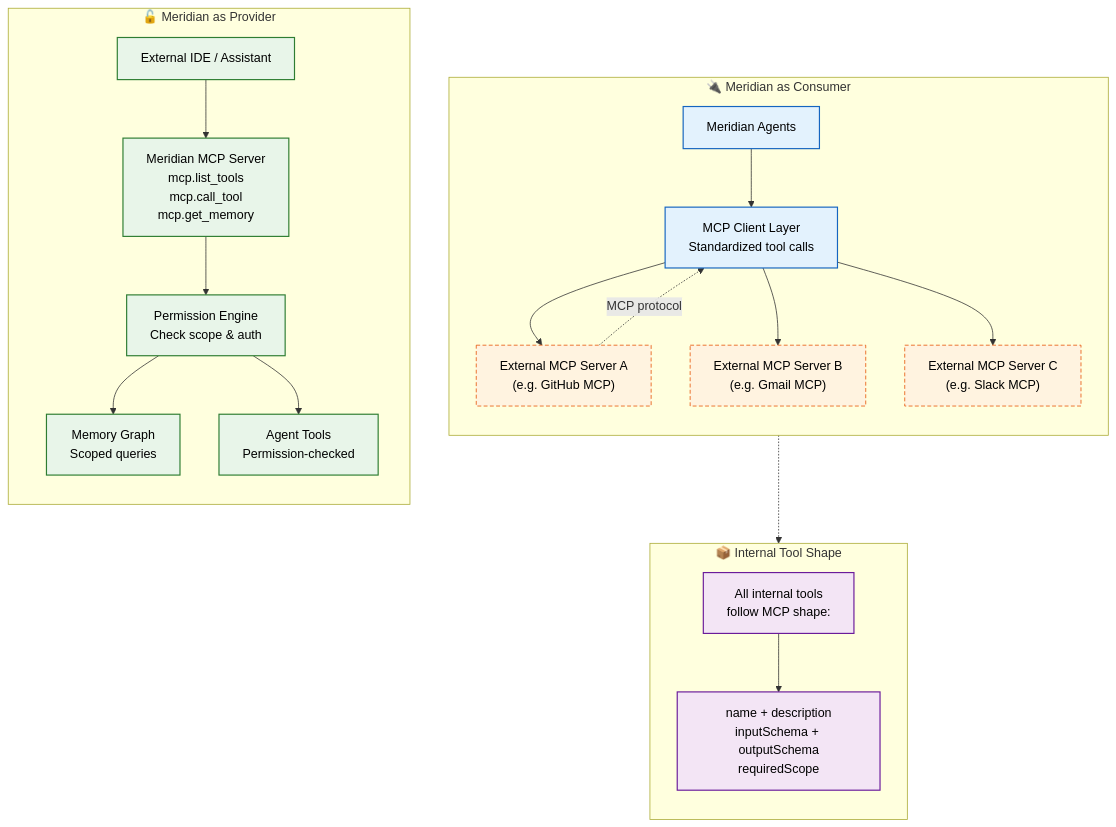
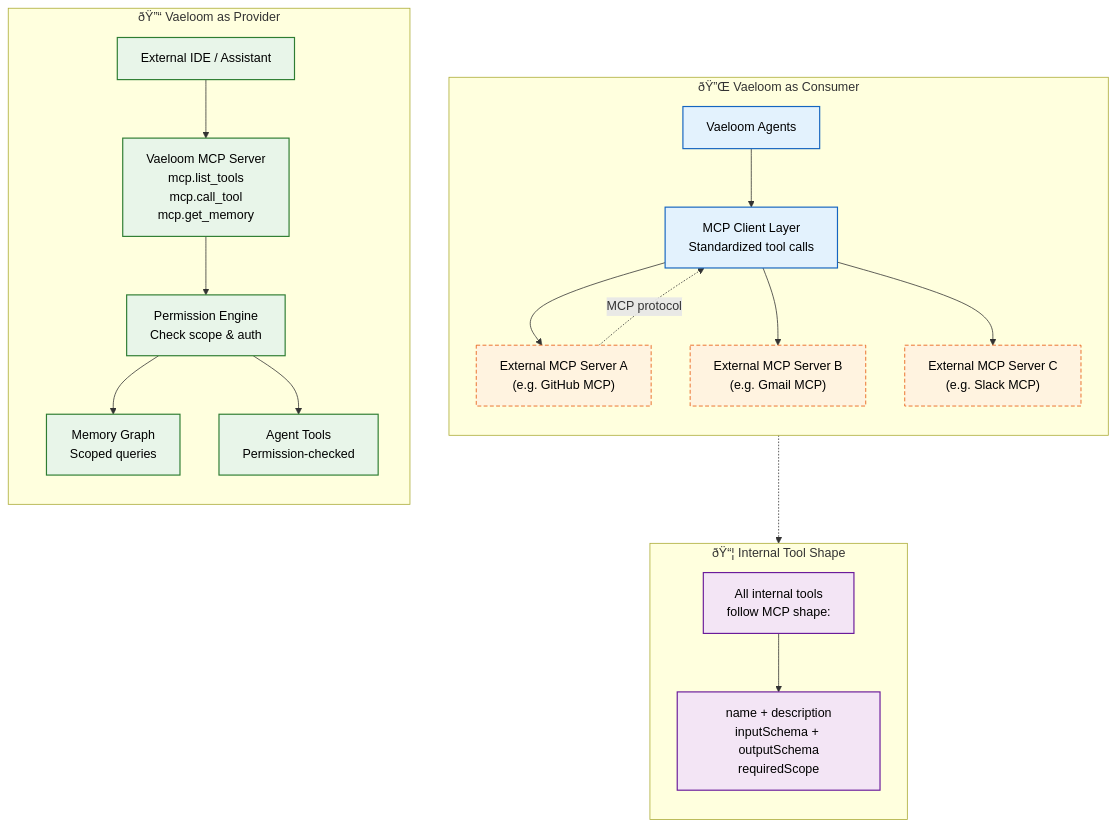
The first of 2 diagrams in Docs/AI/MCP.md (Driftloom/Vaeloom), drawn with Mermaid before and after one commit. The commit also changed other lines of this file and 249 other files, not shown here.

Commit message:
Rename all references from Meridian to Vaeloom across docs, scripts, and config

````diff
--- a/Docs/AI/MCP.md
+++ b/Docs/AI/MCP.md
@@ -27,39 +27,39 @@
 ```mermaid
 graph TD
     classDef consumer fill:#e3f2fd,stroke:#1565c0,color:#000,stroke-width:1.5px
     classDef provider fill:#e8f5e9,stroke:#2e7d32,color:#000,stroke-width:1.5px
     classDef external fill:#fff3e0,stroke:#e65100,color:#000,stroke-width:1px,stroke-dasharray: 5 3
     classDef internal fill:#f3e5f5,stroke:#6a1b9a,color:#000,stroke-width:1.5px
 
-    subgraph Consumer["🔌 Meridian as Consumer"]
+    subgraph Consumer["ðŸ”Œ Vaeloom as Consumer"]
         direction TB
-        AGENTS["Meridian Agents"] --> MCP_CLIENT["MCP Client Layer<br/>Standardized tool calls"]
+        AGENTS["Vaeloom Agents"] --> MCP_CLIENT["MCP Client Layer<br/>Standardized tool calls"]
         MCP_CLIENT --> EXT_MCP1["External MCP Server A<br/>(e.g. GitHub MCP)"]
         MCP_CLIENT --> EXT_MCP2["External MCP Server B<br/>(e.g. Gmail MCP)"]
         MCP_CLIENT --> EXT_MCP3["External MCP Server C<br/>(e.g. Slack MCP)"]
     end
 
-    subgraph Provider["🔓 Meridian as Provider"]
+    subgraph Provider["ðŸ”“ Vaeloom as Provider"]
         direction TB
-        EXT_CLIENT["External IDE / Assistant"] --> MCP_SERVER["Meridian MCP Server<br/>mcp.list_tools<br/>mcp.call_tool<br/>mcp.get_memory"]
+        EXT_CLIENT["External IDE / Assistant"] --> MCP_SERVER["Vaeloom MCP Server<br/>mcp.list_tools<br/>mcp.call_tool<br/>mcp.get_memory"]
         MCP_SERVER --> PERM["Permission Engine<br/>Check scope & auth"]
         PERM --> MEM["Memory Graph<br/>Scoped queries"]
         PERM --> TOOLS["Agent Tools<br/>Permission-checked"]
     end
 
-    subgraph Internal["📦 Internal Tool Shape"]
+    subgraph Internal["ðŸ“¦ Internal Tool Shape"]
         direction TB
         ALL["All internal tools<br/>follow MCP shape:"]
         SCHEMA["name + description<br/>inputSchema + outputSchema<br/>requiredScope"]
     end
 
     AGENTS -.-> ALL
     ALL --> SCHEMA
     EXT_MCP1 -.->|MCP protocol| MCP_CLIENT
 
     class AGENTS,MCP_CLIENT consumer
     class EXT_CLIENT,MCP_SERVER,PERM,MEM,TOOLS provider
     class EXT_MCP1,EXT_MCP2,EXT_MCP3 external
     class ALL,SCHEMA internal
 
 ```
````
